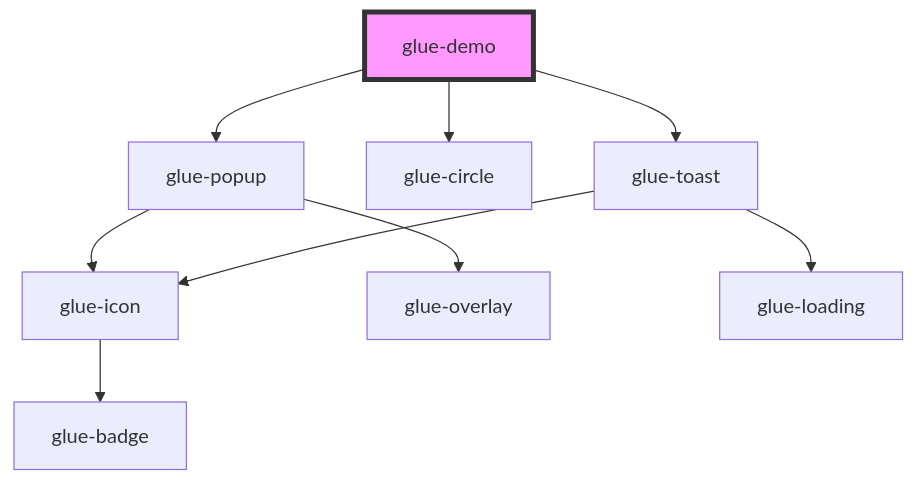
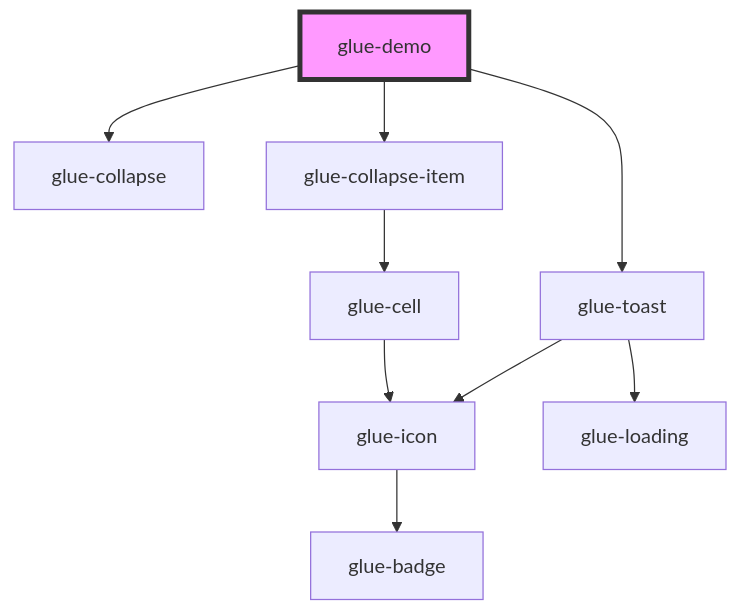
The diagram in packages/glue-components/src/components/glue-demo/readme.md (grasilife/glue), drawn with Mermaid before and after one commit. The commit also changed other lines of this file and 10 other files, not shown here.

````diff
--- a/packages/glue-components/src/components/glue-demo/readme.md
+++ b/packages/glue-components/src/components/glue-demo/readme.md
@@ -17,12 +17,12 @@
 ```mermaid
 graph TD;
-  glue-demo --> glue-popup
-  glue-demo --> glue-circle
+  glue-demo --> glue-collapse
+  glue-demo --> glue-collapse-item
   glue-demo --> glue-toast
-  glue-popup --> glue-icon
-  glue-popup --> glue-overlay
+  glue-collapse-item --> glue-cell
+  glue-cell --> glue-icon
   glue-icon --> glue-badge
   glue-toast --> glue-icon
   glue-toast --> glue-loading
   style glue-demo fill:#f9f,stroke:#333,stroke-width:4px
 ```
````
